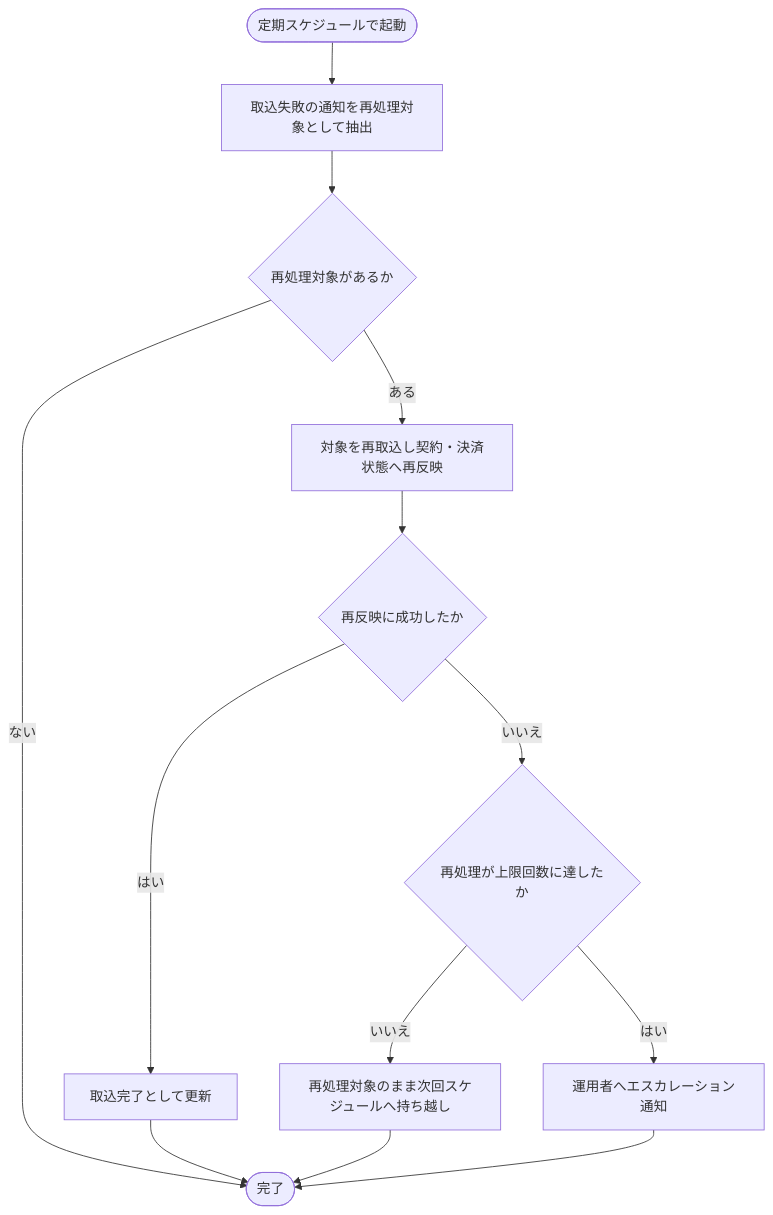
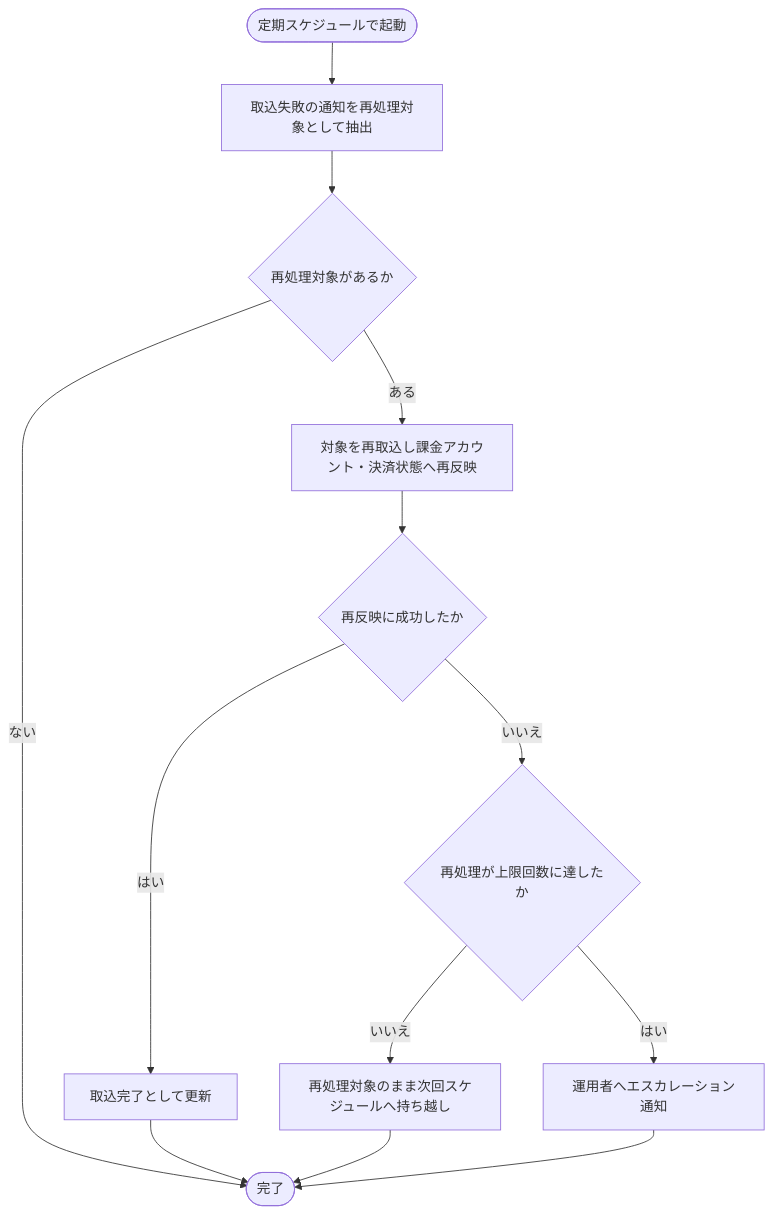
One commit to sikakou54/open-faq changed the diagram in 02_basic_design/02_backend/01_system/SYS-035.md. Above: the diagram before and after it, drawn with Mermaid. The commit also changed other lines of this file and 294 other files, not shown here.

````diff
--- a/02_basic_design/02_backend/01_system/SYS-035.md
+++ b/02_basic_design/02_backend/01_system/SYS-035.md
@@ -22,15 +22,15 @@
 ```mermaid
 flowchart TB
   S([定期スケジュールで起動]) --> A[取込失敗の通知を再処理対象として抽出]
   A --> B{再処理対象があるか}
   B -- ない --> Z([完了])
-  B -- ある --> C[対象を再取込し契約・決済状態へ再反映]
+  B -- ある --> C[対象を再取込し課金アカウント・決済状態へ再反映]
   C --> D{再反映に成功したか}
   D -- はい --> E[取込完了として更新]
   E --> Z
   D -- いいえ --> F{再処理が上限回数に達したか}
   F -- いいえ --> G[再処理対象のまま次回スケジュールへ持ち越し]
   G --> Z
   F -- はい --> H[運用者へエスカレーション通知]
   H --> Z
 ```
````
